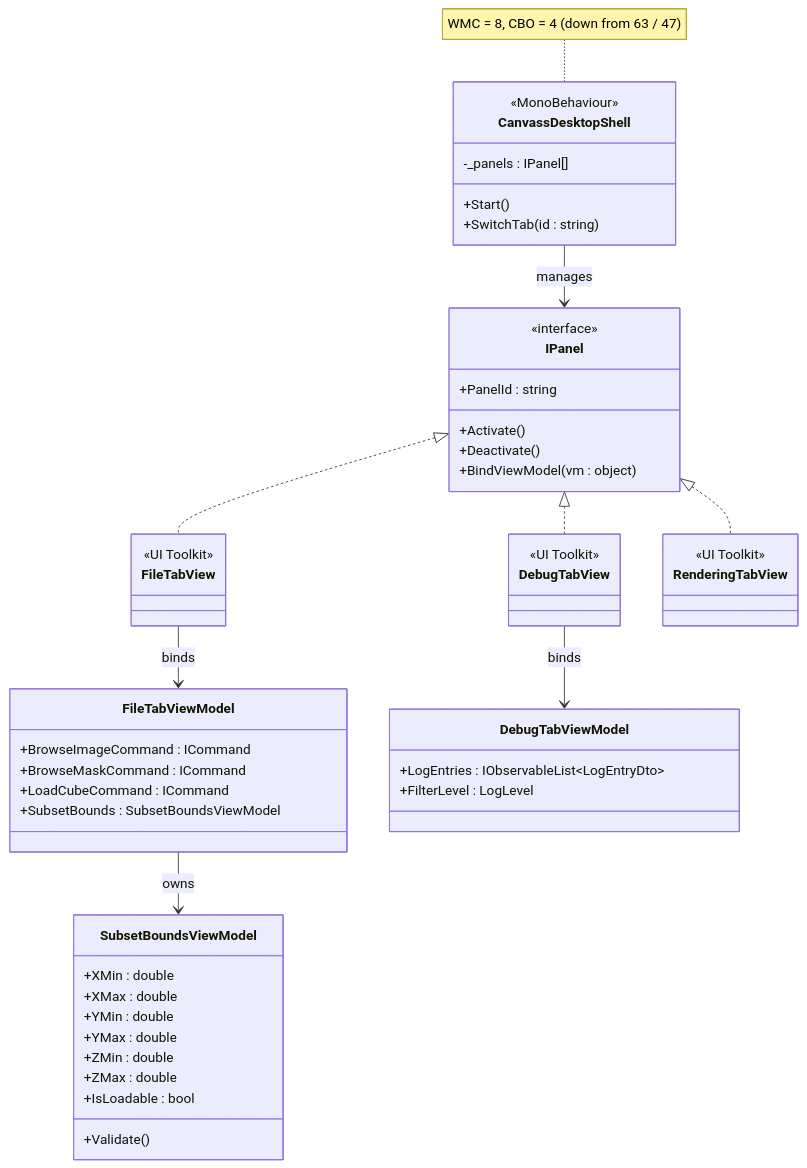
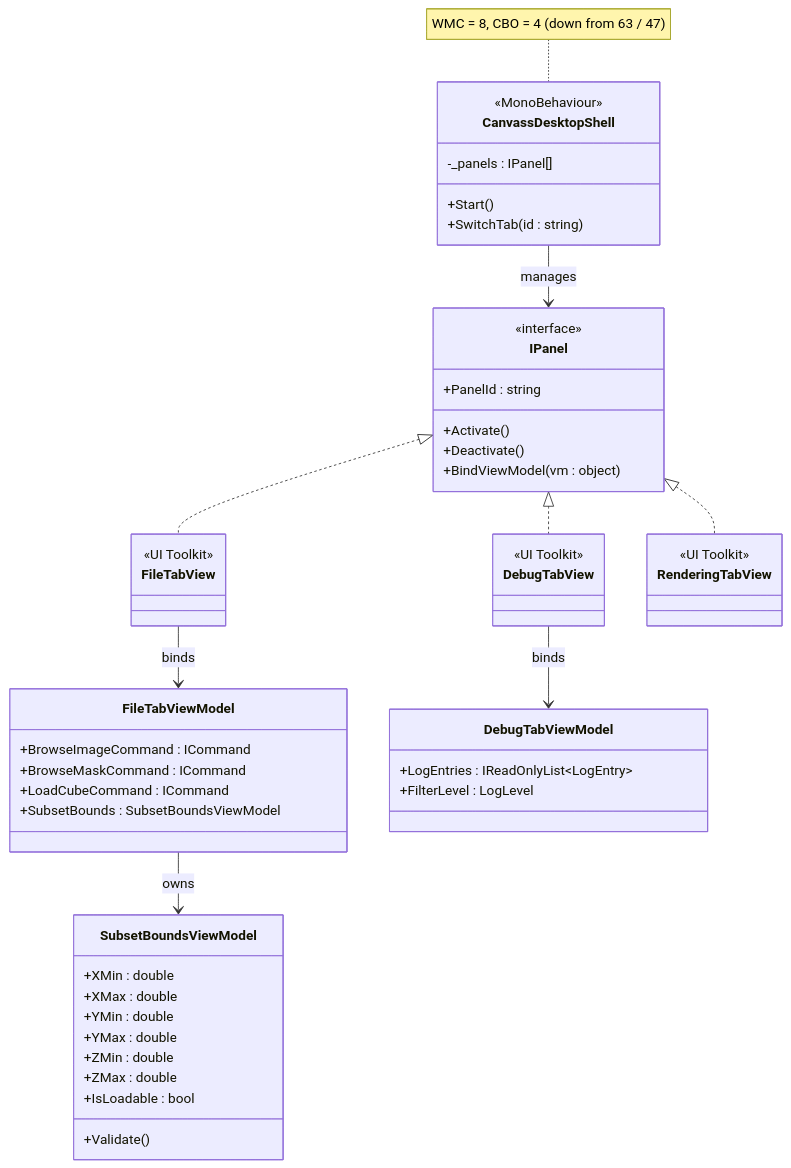
Before and after one commit to david-bol12/iDaVIE---Team-Alpha: the second of 2 diagrams in docs/sub-team-6/deliverables/D2-Architecture/architecture.md, drawn with Mermaid. The commit also changed other lines of this file and 2 other files, not shown here.

Commit message:
updated the requireemtns, architecture, and mvvm docs

````diff
--- a/docs/sub-team-6/deliverables/D2-Architecture/architecture.md
+++ b/docs/sub-team-6/deliverables/D2-Architecture/architecture.md
@@ -336,60 +336,60 @@
 ```mermaid
 classDiagram
     class IPanel {
         <<interface>>
         +PanelId : string
         +Activate()
         +Deactivate()
         +BindViewModel(vm : object)
     }
 
     class CanvassDesktopShell {
         <<MonoBehaviour>>
         -_panels : IPanel[]
         +Start()
         +SwitchTab(id : string)
     }
 
     class FileTabView {
         <<UI Toolkit>>
     }
     class DebugTabView {
         <<UI Toolkit>>
     }
     class RenderingTabView {
         <<UI Toolkit>>
     }
 
     class FileTabViewModel {
         +BrowseImageCommand : ICommand
         +BrowseMaskCommand : ICommand
         +LoadCubeCommand : ICommand
         +SubsetBounds : SubsetBoundsViewModel
     }
 
     class DebugTabViewModel {
-        +LogEntries : IObservableList~LogEntryDto~
+        +LogEntries : IReadOnlyList~LogEntry~
         +FilterLevel : LogLevel
     }
 
     class SubsetBoundsViewModel {
         +XMin : double
         +XMax : double
         +YMin : double
         +YMax : double
         +ZMin : double
         +ZMax : double
         +IsLoadable : bool
         +Validate()
     }
 
     IPanel <|.. FileTabView
     IPanel <|.. DebugTabView
     IPanel <|.. RenderingTabView
     FileTabViewModel --> SubsetBoundsViewModel : owns
     FileTabView --> FileTabViewModel : binds
     DebugTabView --> DebugTabViewModel : binds
     CanvassDesktopShell --> IPanel : manages
 
     note for CanvassDesktopShell "WMC = 8, CBO = 4 (down from 63 / 47)"
 ```
````
